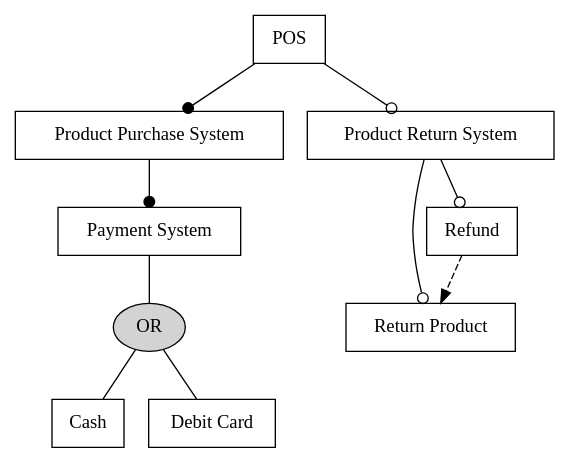
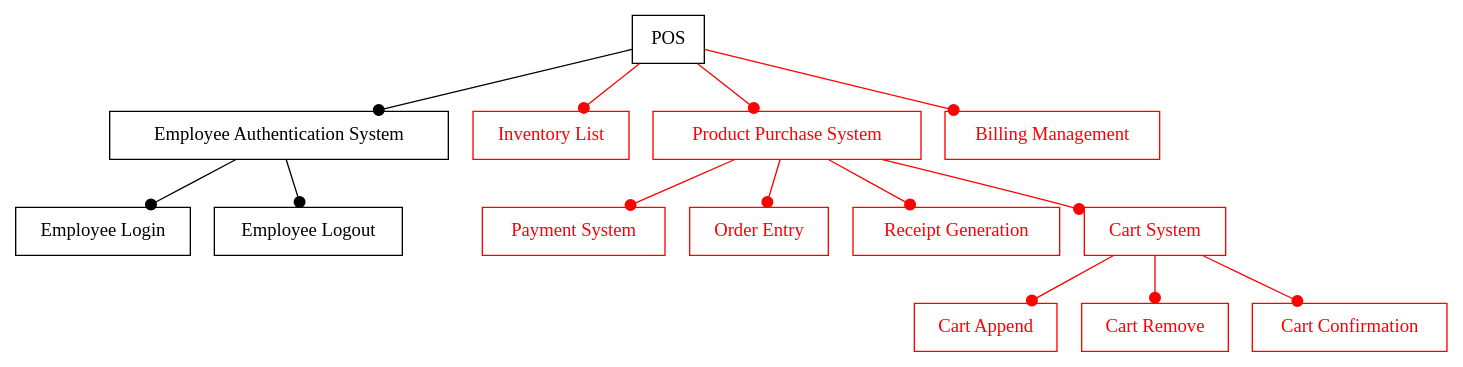
One commit to ShahadatAnik/ModelX-Capstone-Project--Django-Graphviz-BPMN--Webapp changed the diagram in keywordExtractor/graphGen/featureModel.dot. Above: the diagram before and after it, drawn with Graphviz. The commit also changed 23 other files, not shown here.

```diff
--- a/keywordExtractor/graphGen/featureModel.dot
+++ b/keywordExtractor/graphGen/featureModel.dot
@@ -1,14 +1,27 @@
 digraph pos{ 
    node [shape="box"]; 
    edge [arrowhead="dot"]; 
-   OR_1 [label="OR" shape="ellipse" style="filled"]
-   POS -> "Product Purchase System";
-       "Product Purchase System" -> "Payment System";
-           "Payment System" -> OR_1 [arrowhead=none];
-               OR_1 -> Cash [arrowhead=none];
-               OR_1 -> "Debit Card" [arrowhead=none];
-   POS -> "Product Return System" [arrowhead="odot"];
-       "Product Return System" -> "Return Product" [arrowhead="odot"];
-       "Product Return System" -> Refund [arrowhead="odot"];
-           Refund -> "Return Product" [style="dashed" arrowhead="normal"];
+   POS -> "Employee Authentication System";
+       "Employee Authentication System" -> "Employee Login";
+       "Employee Authentication System" -> "Employee Logout";
+   "Inventory List" [color=red,fontcolor=red];
+   POS -> "Inventory List" [color=red];
+   "Product Purchase System" [color=red,fontcolor=red];
+   POS -> "Product Purchase System" [color=red];
+   "Payment System" [color=red,fontcolor=red];
+   "Product Purchase System" -> "Payment System" [color=red];
+   "Order Entry" [color=red,fontcolor=red];
+   "Product Purchase System" -> "Order Entry" [color=red];
+   "Receipt Generation" [color=red,fontcolor=red];
+   "Product Purchase System" -> "Receipt Generation" [color=red];
+   "Cart System" [color=red,fontcolor=red];
+   "Product Purchase System" -> "Cart System" [color=red];
+       "Cart Append" [color=red,fontcolor=red];
+       "Cart System" -> "Cart Append" [color=red];
+       "Cart Remove" [color=red,fontcolor=red];
+       "Cart System" -> "Cart Remove" [color=red];
+       "Cart Confirmation" [color=red,fontcolor=red];
+       "Cart System" -> "Cart Confirmation" [color=red];
+   "Billing Management" [color=red,fontcolor=red];
+   POS -> "Billing Management" [color=red];
 }
```
